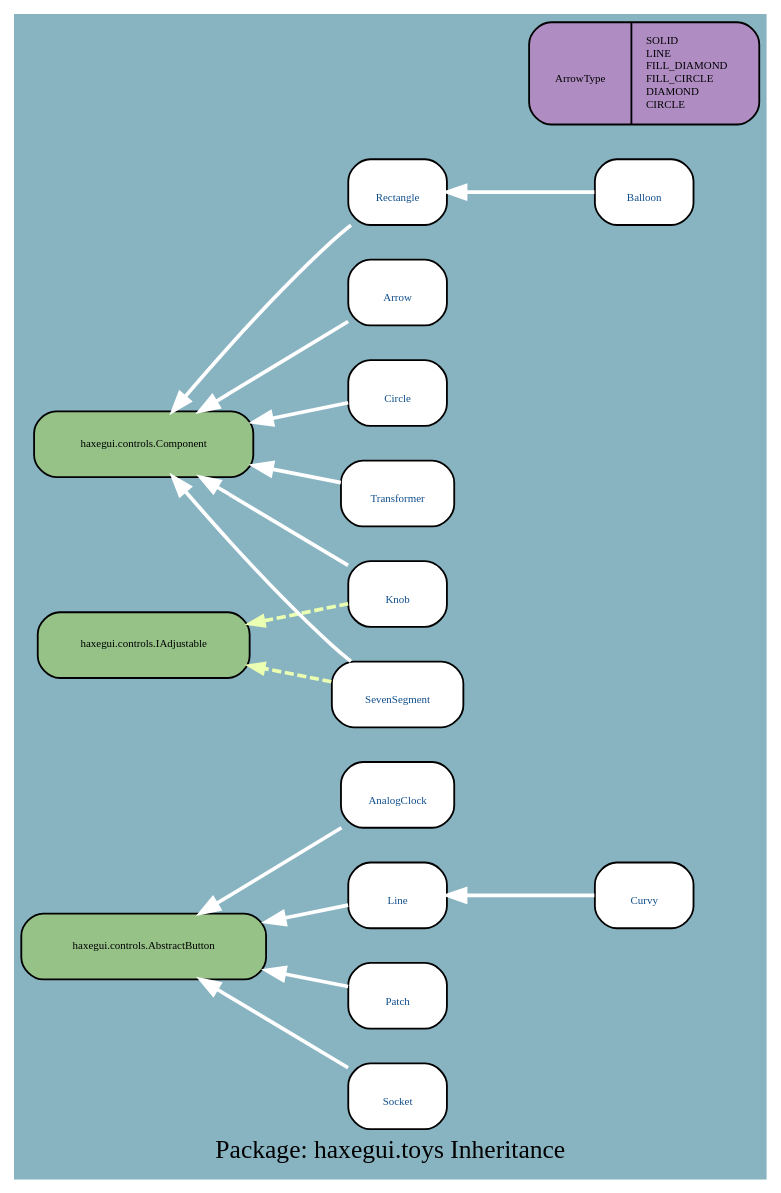
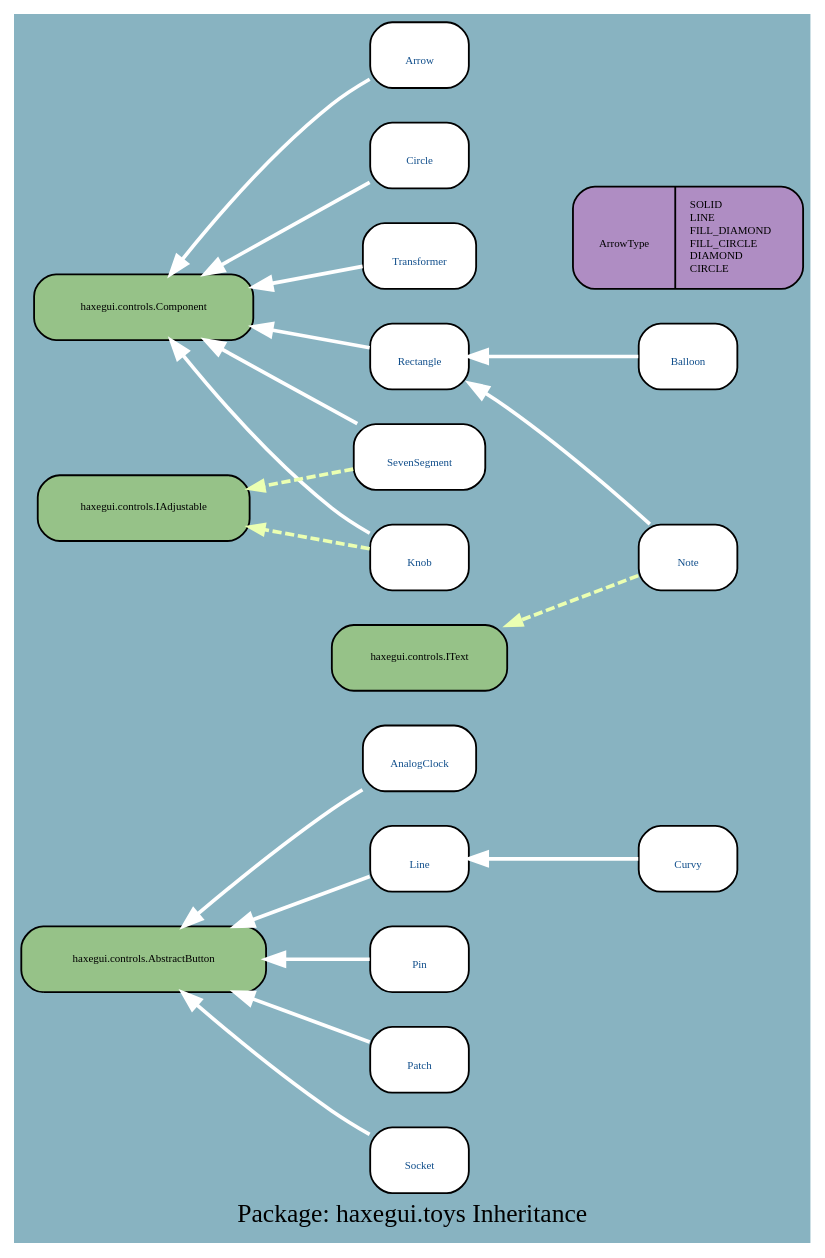
Before and after one commit to google-code-export/haxegui: the diagram in docs/uml/haxegui.toys_I.dot, drawn with Graphviz. The commit also changed 315 other files, not shown here.

```diff
--- a/docs/uml/haxegui.toys_I.dot
+++ b/docs/uml/haxegui.toys_I.dot
@@ -1,37 +1,43 @@
 digraph uml {
 	graph [label="Package: haxegui.toys Inheritance", ratio=compress, rankdir=RL, smoothing=avg_dist, overlap=compress, packMode="graph", labelloc=c, fontname="DejaVu Sans Condenesed", fontsize=14, bgcolor="#88B3C1", fontcolor=black];
 	node [label="\N", style="rounded,filled", fillcolor="#96c288", fontcolor="#104E8B", fontname="FFF Harmony", fontsize=6, shape=record, color=black];
 	edge [fontname=Sans, fontsize=8, minlen="1.2", color=black, fontcolor=black];
-	graph [lp="204,12",
-		bb="0,0,408,621"];
-	"haxegui.toys.AnalogClock" [label="{\nAnalogClock}", fillcolor=white, URL="../types/haxegui/toys/AnalogClock.html", tooltip="\nAnalogClock", portPos=w, pos="208,205", rects="177,187,239,223", width="0.86", height="0.50"];
-	"haxegui.controls.AbstractButton" [fontcolor=black, pos="68,124", rects="1,106,136,142", width="1.86", height="0.50"];
-	"haxegui.toys.Line" [label="{\nLine}", fillcolor=white, URL="../types/haxegui/toys/Line.html", tooltip="\nLine", portPos=w, pos="208,151", rects="181,133,235,169", width="0.75", height="0.50"];
-	"haxegui.toys.Patch" [label="{\nPatch}", fillcolor=white, URL="../types/haxegui/toys/Patch.html", tooltip="\nPatch", portPos=w, pos="208,97", rects="181,79,235,115", width="0.75", height="0.50"];
-	"haxegui.toys.Knob" [label="{\nKnob}", fillcolor=white, URL="../types/haxegui/toys/Knob.html", tooltip="\nKnob", portPos=w, pos="208,313", rects="181,295,235,331", width="0.75", height="0.50"];
-	"haxegui.controls.Component" [fontcolor=black, pos="68,394", rects="8,376,128,412", width="1.67", height="0.50"];
-	"haxegui.controls.IAdjustable" [fontcolor=black, pos="68,286", rects="10,268,127,304", width="1.61", height="0.50"];
-	"haxegui.toys.Circle" [label="{\nCircle}", fillcolor=white, URL="../types/haxegui/toys/Circle.html", tooltip="\nCircle", portPos=w, pos="208,421", rects="181,403,235,439", width="0.75", height="0.50"];
-	"haxegui.toys.Transformer" [label="{\nTransformer}", fillcolor=white, URL="../types/haxegui/toys/Transformer.html", tooltip="\nTransformer", portPos=w, pos="208,367", rects="177,349,240,385", width="0.86", height="0.50"];
-	"haxegui.toys.SevenSegment" [label="{\nSevenSegment}", fillcolor=white, URL="../types/haxegui/toys/SevenSegment.html", tooltip="\nSevenSegment", portPos=w, pos="208,259", rects="172,241,244,277", width="1.00", height="0.50"];
-	"haxegui.toys.Rectangle" [label="{\nRectangle}", fillcolor=white, URL="../types/haxegui/toys/Rectangle.html", tooltip="\nRectangle", portPos=w, pos="208,529", rects="181,511,235,547", width="0.75", height="0.50"];
-	"haxegui.toys.ArrowType" [label="{\nArrowType|SOLID\lLINE\lFILL_DIAMOND\lFILL_CIRCLE\lDIAMOND\lCIRCLE\l}", fillcolor="#af8dc3", fontcolor=black, pos="344,593", rects="281,565,338,621 338,565,408,621", width="1.75", height="0.78"];
-	"haxegui.toys.Arrow" [label="{\nArrow}", fillcolor=white, URL="../types/haxegui/toys/Arrow.html", tooltip="\nArrow", portPos=w, pos="208,475", rects="181,457,235,493", width="0.75", height="0.50"];
-	"haxegui.toys.Socket" [label="{\nSocket}", fillcolor=white, URL="../types/haxegui/toys/Socket.html", tooltip="\nSocket", portPos=w, pos="208,43", rects="181,25,235,61", width="0.75", height="0.50"];
-	"haxegui.toys.Curvy" [label="{\nCurvy}", fillcolor=white, URL="../types/haxegui/toys/Curvy.html", tooltip="\nCurvy", portPos=w, pos="344,151", rects="317,133,371,169", width="0.75", height="0.50"];
-	"haxegui.toys.Balloon" [label="{\nBalloon}", fillcolor=white, URL="../types/haxegui/toys/Balloon.html", tooltip="\nBalloon", portPos=w, pos="344,529", rects="317,511,371,547", width="0.75", height="0.50"];
-	"haxegui.toys.AnalogClock" -> "haxegui.controls.AbstractButton" [color=white, style=bold, arrowhead=normal, arrowsize="1.0", pos="e,100,142 177,187 157,176 130,160 109,147"];
-	"haxegui.toys.Line" -> "haxegui.controls.AbstractButton" [color=white, style=bold, arrowhead=normal, arrowsize="1.0", pos="e,136,137 181,146 171,144 159,141 146,139"];
-	"haxegui.toys.Patch" -> "haxegui.controls.AbstractButton" [color=white, style=bold, arrowhead=normal, arrowsize="1.0", pos="e,136,111 181,102 171,104 159,107 146,109"];
-	"haxegui.toys.Knob" -> "haxegui.controls.Component" [color=white, style=bold, arrowhead=normal, arrowsize="1.0", pos="e,99,376 181,329 160,341 131,358 108,371"];
-	"haxegui.toys.Knob" -> "haxegui.controls.IAdjustable" [color="#ebffb2", style="dashed, bold", arrowhead=normal, arrowsize="0.75", pos="e,127,298 181,308 168,305 151,302 135,299"];
-	"haxegui.toys.Circle" -> "haxegui.controls.Component" [color=white, style=bold, arrowhead=normal, arrowsize="1.0", pos="e,128,406 181,416 169,414 154,410 138,408"];
-	"haxegui.toys.Transformer" -> "haxegui.controls.Component" [color=white, style=bold, arrowhead=normal, arrowsize="1.0", pos="e,128,382 177,373 166,375 152,378 138,380"];
-	"haxegui.toys.SevenSegment" -> "haxegui.controls.Component" [color=white, style=bold, arrowhead=normal, arrowsize="1.0", pos="e,84,376 182,277 179,280 175,283 172,286 142,313 111,346 91,369"];
-	"haxegui.toys.SevenSegment" -> "haxegui.controls.IAdjustable" [color="#ebffb2", style="dashed, bold", arrowhead=normal, arrowsize="0.75", pos="e,127,275 172,266 160,269 147,271 134,274"];
-	"haxegui.toys.Rectangle" -> "haxegui.controls.Component" [color=white, style=bold, arrowhead=normal, arrowsize="1.0", pos="e,84,412 182,511 179,508 175,505 172,502 142,475 111,442 91,419"];
-	"haxegui.toys.Arrow" -> "haxegui.controls.Component" [color=white, style=bold, arrowhead=normal, arrowsize="1.0", pos="e,99,412 181,459 160,447 131,430 108,417"];
-	"haxegui.toys.Socket" -> "haxegui.controls.AbstractButton" [color=white, style=bold, arrowhead=normal, arrowsize="1.0", pos="e,99,106 181,59 160,71 131,88 108,101"];
-	"haxegui.toys.Curvy" -> "haxegui.toys.Line" [color=white, style=bold, arrowhead=normal, arrowsize="1.0", pos="e,235,151 317,151 296,151 268,151 245,151"];
-	"haxegui.toys.Balloon" -> "haxegui.toys.Rectangle" [color=white, style=bold, arrowhead=normal, arrowsize="1.0", pos="e,235,529 317,529 296,529 268,529 245,529"];
+	graph [lp="216,12",
+		bb="0,0,432,655"];
+	"haxegui.toys.AnalogClock" [label="{\nAnalogClock}", fillcolor=white, URL="../types/haxegui/toys/AnalogClock.html", tooltip="\nAnalogClock", portPos=w, pos="220,259", rects="189,241,251,277", width="0.86", height="0.50"];
+	"haxegui.controls.AbstractButton" [fontcolor=black, pos="68,151", rects="1,133,136,169", width="1.86", height="0.50"];
+	"haxegui.toys.Line" [label="{\nLine}", fillcolor=white, URL="../types/haxegui/toys/Line.html", tooltip="\nLine", portPos=w, pos="220,205", rects="193,187,247,223", width="0.75", height="0.50"];
+	"haxegui.toys.Circle" [label="{\nCircle}", fillcolor=white, URL="../types/haxegui/toys/Circle.html", tooltip="\nCircle", portPos=w, pos="220,583", rects="193,565,247,601", width="0.75", height="0.50"];
+	"haxegui.controls.Component" [fontcolor=black, pos="68,502", rects="8,484,128,520", width="1.67", height="0.50"];
+	"haxegui.toys.Pin" [label="{\nPin}", fillcolor=white, URL="../types/haxegui/toys/Pin.html", tooltip="\nPin", portPos=w, pos="220,151", rects="193,133,247,169", width="0.75", height="0.50"];
+	"haxegui.toys.Patch" [label="{\nPatch}", fillcolor=white, URL="../types/haxegui/toys/Patch.html", tooltip="\nPatch", portPos=w, pos="220,97", rects="193,79,247,115", width="0.75", height="0.50"];
+	"haxegui.toys.Knob" [label="{\nKnob}", fillcolor=white, URL="../types/haxegui/toys/Knob.html", tooltip="\nKnob", portPos=w, pos="220,367", rects="193,349,247,385", width="0.75", height="0.50"];
+	"haxegui.controls.IAdjustable" [fontcolor=black, pos="68,394", rects="10,376,127,412", width="1.61", height="0.50"];
+	"haxegui.toys.Transformer" [label="{\nTransformer}", fillcolor=white, URL="../types/haxegui/toys/Transformer.html", tooltip="\nTransformer", portPos=w, pos="220,529", rects="189,511,252,547", width="0.86", height="0.50"];
+	"haxegui.toys.SevenSegment" [label="{\nSevenSegment}", fillcolor=white, URL="../types/haxegui/toys/SevenSegment.html", tooltip="\nSevenSegment", portPos=w, pos="220,421", rects="184,403,256,439", width="1.00", height="0.50"];
+	"haxegui.toys.Rectangle" [label="{\nRectangle}", fillcolor=white, URL="../types/haxegui/toys/Rectangle.html", tooltip="\nRectangle", portPos=w, pos="220,475", rects="193,457,247,493", width="0.75", height="0.50"];
+	"haxegui.toys.Note" [label="{\nNote}", fillcolor=white, URL="../types/haxegui/toys/Note.html", tooltip="\nNote", portPos=w, pos="368,367", rects="341,349,395,385", width="0.75", height="0.50"];
+	"haxegui.controls.IText" [fontcolor=black, pos="220,313", rects="172,295,268,331", width="1.33", height="0.50"];
+	"haxegui.toys.ArrowType" [label="{\nArrowType|SOLID\lLINE\lFILL_DIAMOND\lFILL_CIRCLE\lDIAMOND\lCIRCLE\l}", fillcolor="#af8dc3", fontcolor=black, pos="368,539", rects="305,511,362,567 362,511,432,567", width="1.75", height="0.78"];
+	"haxegui.toys.Arrow" [label="{\nArrow}", fillcolor=white, URL="../types/haxegui/toys/Arrow.html", tooltip="\nArrow", portPos=w, pos="220,637", rects="193,619,247,655", width="0.75", height="0.50"];
+	"haxegui.toys.Socket" [label="{\nSocket}", fillcolor=white, URL="../types/haxegui/toys/Socket.html", tooltip="\nSocket", portPos=w, pos="220,43", rects="193,25,247,61", width="0.75", height="0.50"];
+	"haxegui.toys.Curvy" [label="{\nCurvy}", fillcolor=white, URL="../types/haxegui/toys/Curvy.html", tooltip="\nCurvy", portPos=w, pos="368,205", rects="341,187,395,223", width="0.75", height="0.50"];
+	"haxegui.toys.Balloon" [label="{\nBalloon}", fillcolor=white, URL="../types/haxegui/toys/Balloon.html", tooltip="\nBalloon", portPos=w, pos="368,475", rects="341,457,395,493", width="0.75", height="0.50"];
+	"haxegui.toys.AnalogClock" -> "haxegui.controls.AbstractButton" [color=white, style=bold, arrowhead=normal, arrowsize="1.0", pos="e,89,169 189,243 183,239 177,236 172,232 146,214 117,192 97,175"];
+	"haxegui.toys.Line" -> "haxegui.controls.AbstractButton" [color=white, style=bold, arrowhead=normal, arrowsize="1.0", pos="e,119,169 193,195 175,189 151,180 128,172"];
+	"haxegui.toys.Circle" -> "haxegui.controls.Component" [color=white, style=bold, arrowhead=normal, arrowsize="1.0", pos="e,102,520 193,569 170,556 137,539 111,525"];
+	"haxegui.toys.Pin" -> "haxegui.controls.AbstractButton" [color=white, style=bold, arrowhead=normal, arrowsize="1.0", pos="e,136,151 193,151 180,151 163,151 146,151"];
+	"haxegui.toys.Patch" -> "haxegui.controls.AbstractButton" [color=white, style=bold, arrowhead=normal, arrowsize="1.0", pos="e,119,133 193,107 175,113 151,122 128,130"];
+	"haxegui.toys.Knob" -> "haxegui.controls.Component" [color=white, style=bold, arrowhead=normal, arrowsize="1.0", pos="e,83,484 193,381 186,385 178,389 172,394 140,419 109,453 89,476"];
+	"haxegui.toys.Knob" -> "haxegui.controls.IAdjustable" [color="#ebffb2", style="dashed, bold", arrowhead=normal, arrowsize="0.75", pos="e,127,384 193,372 177,375 155,379 135,383"];
+	"haxegui.toys.Transformer" -> "haxegui.controls.Component" [color=white, style=bold, arrowhead=normal, arrowsize="1.0", pos="e,128,513 189,523 174,520 156,517 138,514"];
+	"haxegui.toys.SevenSegment" -> "haxegui.controls.Component" [color=white, style=bold, arrowhead=normal, arrowsize="1.0", pos="e,102,484 186,439 164,450 135,467 111,479"];
+	"haxegui.toys.SevenSegment" -> "haxegui.controls.IAdjustable" [color="#ebffb2", style="dashed, bold", arrowhead=normal, arrowsize="0.75", pos="e,127,405 184,415 169,412 152,409 135,406"];
+	"haxegui.toys.Rectangle" -> "haxegui.controls.Component" [color=white, style=bold, arrowhead=normal, arrowsize="1.0", pos="e,128,492 193,480 178,483 157,487 138,490"];
+	"haxegui.toys.Note" -> "haxegui.toys.Rectangle" [color=white, style=bold, arrowhead=normal, arrowsize="1.0", pos="e,247,461 348,385 328,402 297,428 268,448 264,450 260,453 256,456"];
+	"haxegui.toys.Note" -> "haxegui.controls.IText" [color="#ebffb2", style="dashed, bold", arrowhead=normal, arrowsize="0.75", pos="e,268,331 341,357 323,351 298,342 275,334"];
+	"haxegui.toys.Arrow" -> "haxegui.controls.Component" [color=white, style=bold, arrowhead=normal, arrowsize="1.0", pos="e,83,520 193,623 186,619 178,615 172,610 140,585 109,551 89,528"];
+	"haxegui.toys.Socket" -> "haxegui.controls.AbstractButton" [color=white, style=bold, arrowhead=normal, arrowsize="1.0", pos="e,90,133 193,57 186,61 179,66 172,70 146,88 118,110 98,126"];
+	"haxegui.toys.Curvy" -> "haxegui.toys.Line" [color=white, style=bold, arrowhead=normal, arrowsize="1.0", pos="e,247,205 341,205 317,205 283,205 257,205"];
+	"haxegui.toys.Balloon" -> "haxegui.toys.Rectangle" [color=white, style=bold, arrowhead=normal, arrowsize="1.0", pos="e,247,475 341,475 317,475 283,475 257,475"];
 }
```
